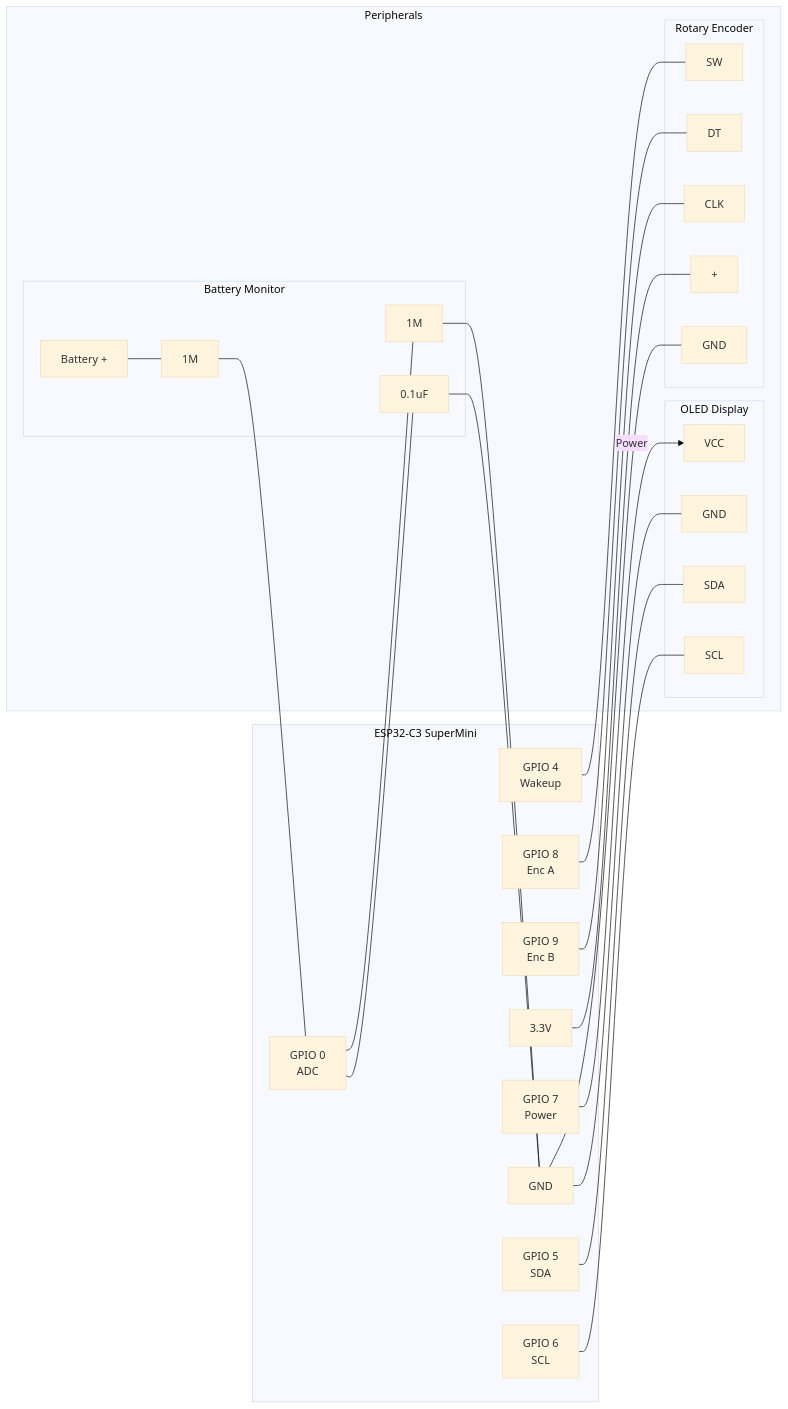
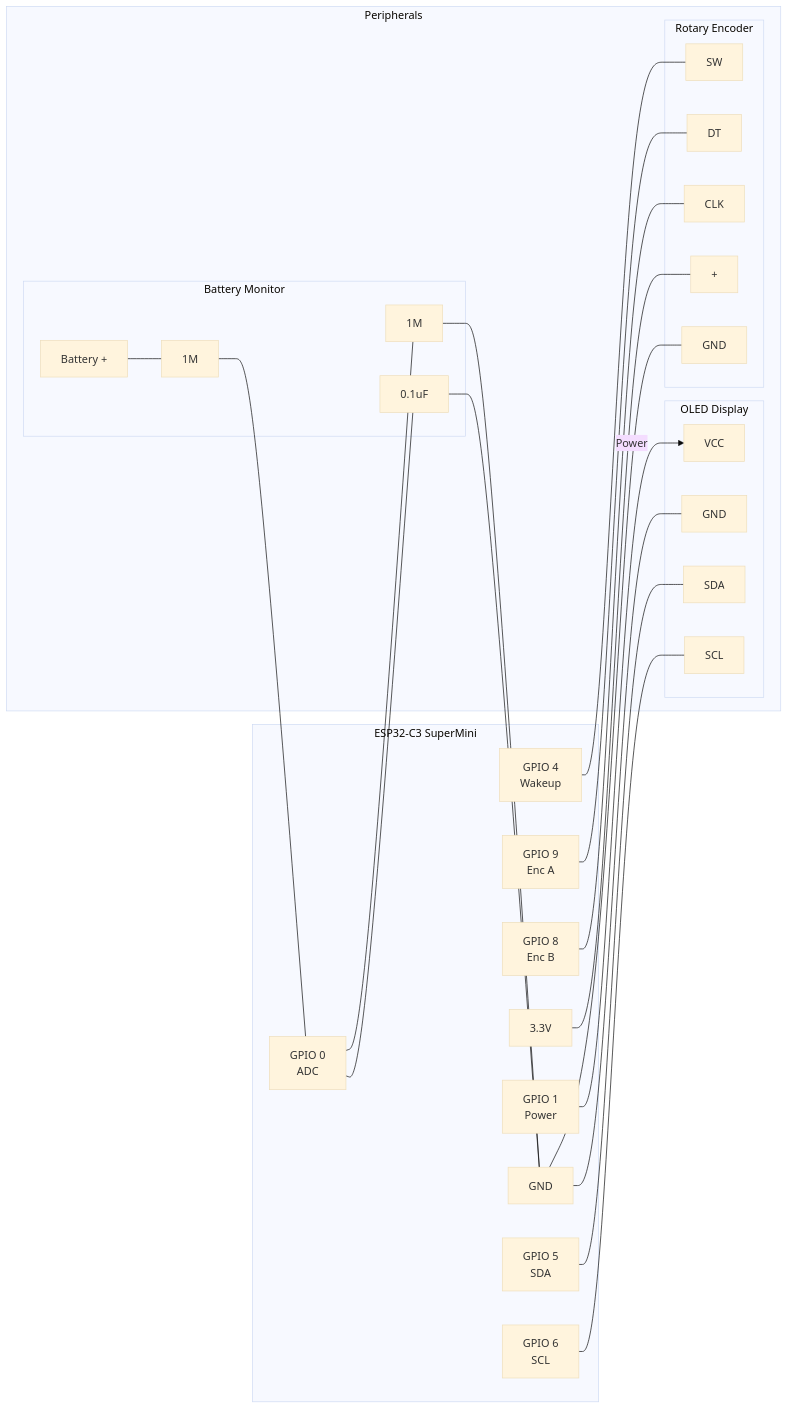
Before and after one commit to orkanm/HARem: the diagram in PINOUT.md, drawn with Mermaid (base theme). The commit also changed other lines of this file and 1 other file, not shown here.

````diff
--- a/PINOUT.md
+++ b/PINOUT.md
@@ -25,59 +34,59 @@
 ```mermaid
 graph LR
     subgraph ESP32_C3_SuperMini [ESP32-C3 SuperMini]
         GPIO0[GPIO 0<br>ADC]
         GPIO4[GPIO 4<br>Wakeup]
         GPIO5[GPIO 5<br>SDA]
         GPIO6[GPIO 6<br>SCL]
-        GPIO7[GPIO 7<br>Power]
-        GPIO8[GPIO 8<br>Enc A]
-        GPIO9[GPIO 9<br>Enc B]
+        GPIO1[GPIO 1<br>Power]
+        GPIO8[GPIO 8<br>Enc B]
+        GPIO9[GPIO 9<br>Enc A]
         V33[3.3V]
         GND[GND]
     end
 
     subgraph Peripherals
         subgraph OLED [OLED Display]
             O_VCC[VCC]
             O_GND[GND]
             O_SDA[SDA]
             O_SCL[SCL]
         end
 
         subgraph Encoder [Rotary Encoder]
             E_SW[SW]
             E_DT[DT]
             E_CLK[CLK]
             E_VCC[+]
             E_GND[GND]
         end
 
         subgraph Battery_Mon [Battery Monitor]
             BAT[Battery +]
             R1[1M]
             R2[1M]
             C1[0.1uF]
         end
     end
 
     %% Wiring
-    GPIO7 -->|Power| O_VCC
+    GPIO1 -->|Power| O_VCC
     GPIO5 --- O_SDA
     GPIO6 --- O_SCL
     GND --- O_GND
 
     GPIO4 --- E_SW
-    GPIO8 --- E_DT
-    GPIO9 --- E_CLK
+    GPIO8 --- E_CLK
+    GPIO9 --- E_DT
     V33 --- E_VCC
     GND --- E_GND
 
     BAT --- R1
     R1 --- GPIO0
     GPIO0 --- R2
     R2 --- GND
     
     %% Capacitor for stability
     GPIO0 --- C1
     C1 --- GND
 ```
````
